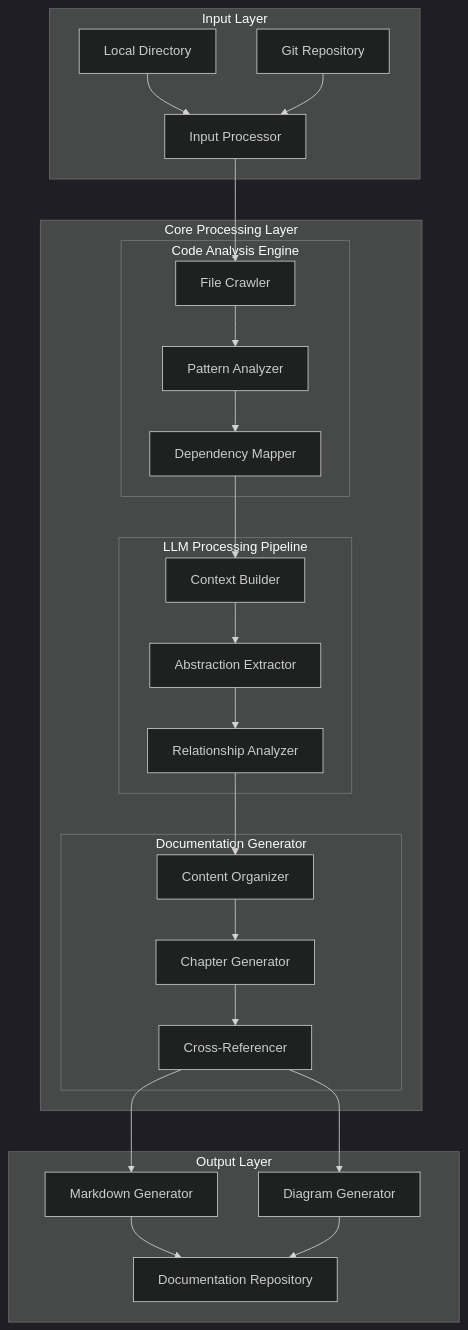
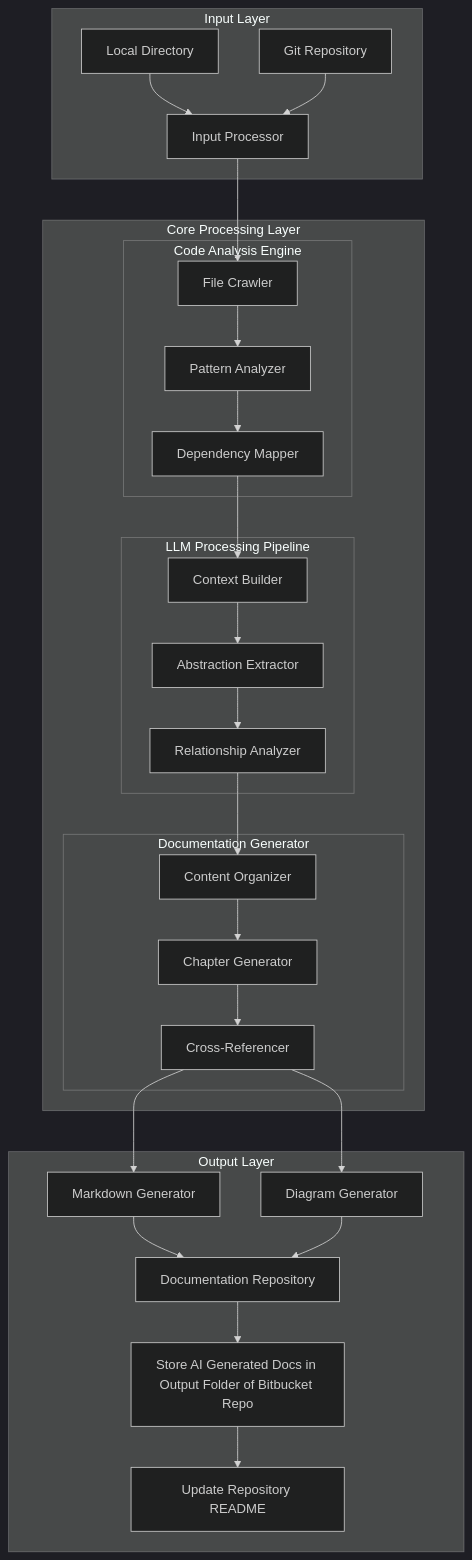
Before and after one commit to MithunKiniStar/E-Commerce-Microservice-master: the first of 8 diagrams in output/architecture.md, drawn with Mermaid (dark theme). The commit also changed other lines of this file, not shown here.

````diff
--- a/output/architecture.md
+++ b/output/architecture.md
@@ -10,35 +10,37 @@
 ```mermaid
 graph TB
     subgraph Input Layer
         A1[Local Directory] --> P1
         A2[Git Repository] --> P1
         P1[Input Processor]
     end
 
     subgraph Core Processing Layer
         P1 --> B1
         subgraph "Code Analysis Engine"
             B1[File Crawler] --> B2[Pattern Analyzer]
             B2 --> B3[Dependency Mapper]
         end
         
         B3 --> C1
         subgraph "LLM Processing Pipeline"
             C1[Context Builder] --> C2[Abstraction Extractor]
             C2 --> C3[Relationship Analyzer]
         end
         
         C3 --> D1
         subgraph "Documentation Generator"
             D1[Content Organizer] --> D2[Chapter Generator]
             D2 --> D3[Cross-Referencer]
         end
     end
 
     subgraph Output Layer
-        D3 --> E1[Markdown Generator]
-        D3 --> E2[Diagram Generator]
-        E1 --> F1[Documentation Repository]
-        E2 --> F1
-    end
+    D3 --> E1[Markdown Generator]
+    D3 --> E2[Diagram Generator]
+    E1 --> F1[Documentation Repository]
+    E2 --> F1
+    F1 --> G1[Store AI Generated Docs in Output Folder of Bitbucket Repo]
+    G1 --> G2[Update Repository README]
+end
 ```
````
